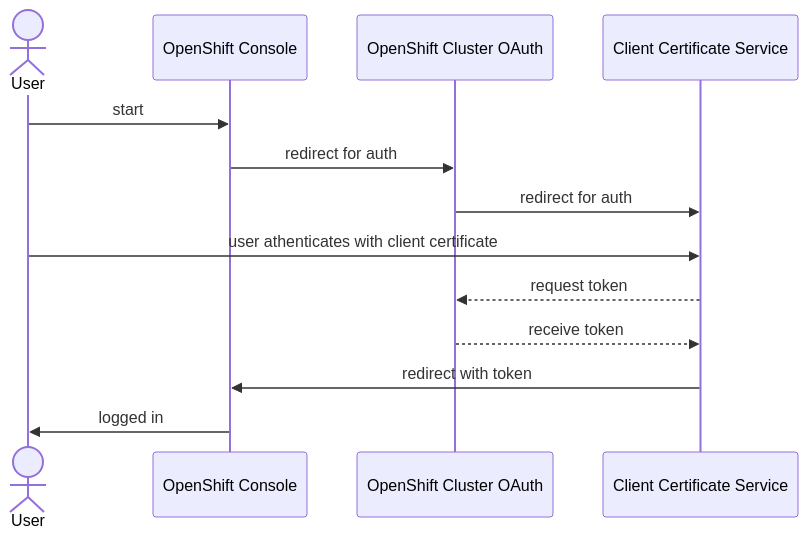
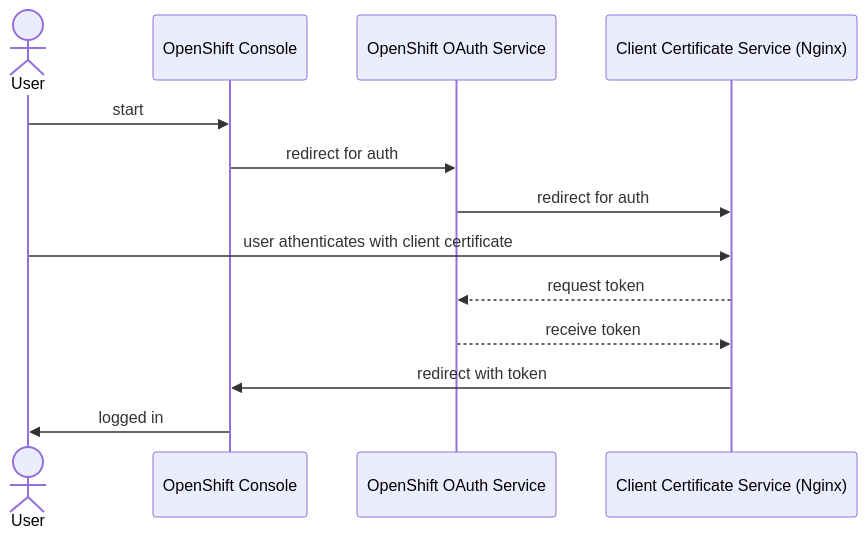
One commit to kincl/openshift-client-certificate-auth changed the first of 3 diagrams in README.md. Above: the diagram before and after it, drawn with Mermaid. The commit also changed other lines of this file, not shown here.

Commit message:
clarify graphs

````diff
--- a/README.md
+++ b/README.md
@@ -6,15 +6,15 @@
 ```mermaid
 sequenceDiagram
     actor User
     participant console as OpenShift Console
-    participant oauth as OpenShift Cluster OAuth
-    participant mtls-proxy as Client Certificate Service
+    participant oauth as OpenShift OAuth Service
+    participant mtls-proxy as Client Certificate Service (Nginx)
     User->>console: start
     console->>oauth: redirect for auth
     oauth->>mtls-proxy: redirect for auth
     User->>mtls-proxy: user athenticates with client certificate
     mtls-proxy-->>oauth: request token
     oauth-->>mtls-proxy: receive token
     mtls-proxy->>console: redirect with token 
     console->>User: logged in
 ```
````
